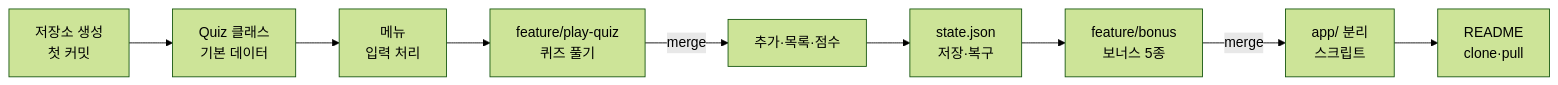
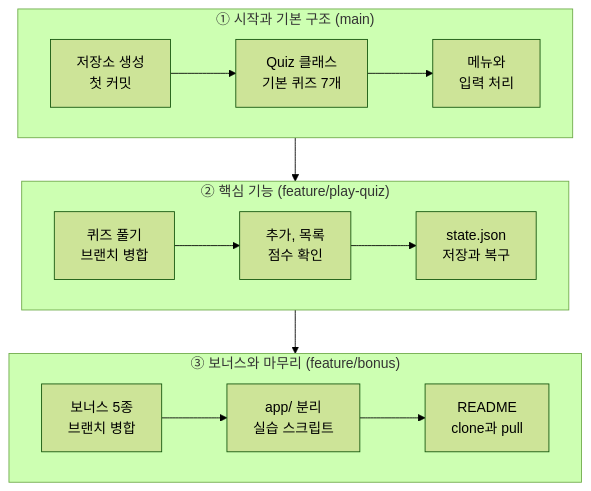
Before and after one commit to ilililililil4319/E1-2: the first of 2 diagrams in README.md, drawn with Mermaid (forest theme). The commit also changed other lines of this file, not shown here.

Commit message:
Docs: 작업 흐름도를 3줄로 재배치하고 도표 글자 깨짐 방지
- 작업 흐름도: 단계별 3줄(시작/핵심 기능/보너스·마무리), 줄마다 해당 브랜치 표시
- 흐름도·구조도 상자 글자를 따옴표로 감싸고 짧게 줄바꿈해 잘림 방지
- 특수 기호(·) 대신 쉼표 사용

````diff
--- a/README.md
+++ b/README.md
@@ -225,11 +225,16 @@
 ```mermaid
-flowchart LR
-    A[저장소 생성<br/>첫 커밋] --> B[Quiz 클래스<br/>기본 데이터]
-    B --> C[메뉴<br/>입력 처리]
-    C --> D[feature/play-quiz<br/>퀴즈 풀기]
-    D -->|merge| E[추가·목록·점수]
-    E --> F[state.json<br/>저장·복구]
-    F --> G[feature/bonus<br/>보너스 5종]
-    G -->|merge| H[app/ 분리<br/>스크립트]
-    H --> I[README<br/>clone·pull]
+flowchart TB
+    subgraph R1["① 시작과 기본 구조 (main)"]
+        direction LR
+        A["저장소 생성<br/>첫 커밋"] --> B["Quiz 클래스<br/>기본 퀴즈 7개"] --> C["메뉴와<br/>입력 처리"]
+    end
+    subgraph R2["② 핵심 기능 (feature/play-quiz)"]
+        direction LR
+        D["퀴즈 풀기<br/>브랜치 병합"] --> E["추가, 목록<br/>점수 확인"] --> F["state.json<br/>저장과 복구"]
+    end
+    subgraph R3["③ 보너스와 마무리 (feature/bonus)"]
+        direction LR
+        G["보너스 5종<br/>브랜치 병합"] --> H["app/ 분리<br/>실습 스크립트"] --> I["README<br/>clone과 pull"]
+    end
+    R1 --> R2 --> R3
 ```
````
